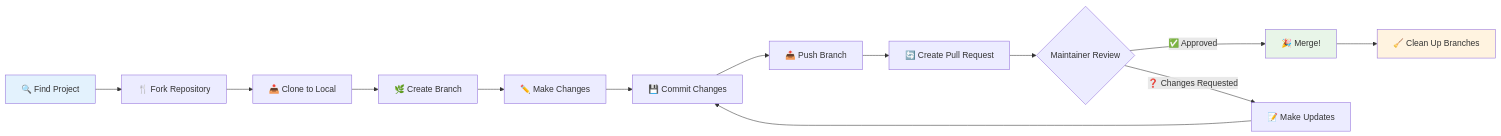
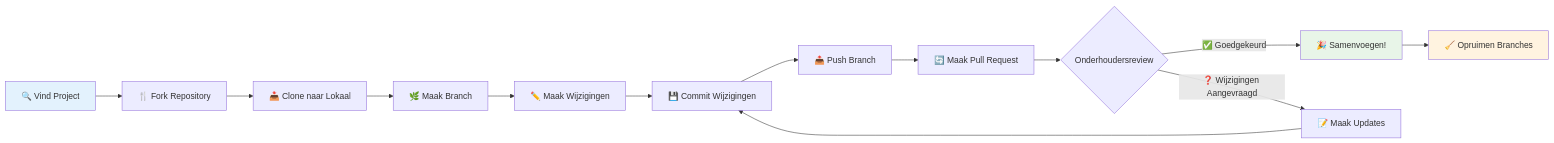
One commit to microsoft/Web-Dev-For-Beginners changed the fourth of 7 diagrams in translations/nl/1-getting-started-lessons/2-github-basics/README.md. Above: the diagram before and after it, drawn with Mermaid. The commit also changed other lines of this file and 17 other files, not shown here.

````diff
--- a/translations/nl/1-getting-started-lessons/2-github-basics/README.md
+++ b/translations/nl/1-getting-started-lessons/2-github-basics/README.md
@@ -392,19 +390,19 @@
 ```mermaid
 flowchart LR
-    A[🔍 Find Project] --> B[🍴 Fork Repository]
-    B --> C[📥 Clone to Local]
-    C --> D[🌿 Create Branch]
-    D --> E[✏️ Make Changes]
-    E --> F[💾 Commit Changes]
+    A[🔍 Vind Project] --> B[🍴 Fork Repository]
+    B --> C[📥 Clone naar Lokaal]
+    C --> D[🌿 Maak Branch]
+    D --> E[✏️ Maak Wijzigingen]
+    E --> F[💾 Commit Wijzigingen]
     F --> G[📤 Push Branch]
-    G --> H[🔄 Create Pull Request]
-    H --> I{Maintainer Review}
-    I -->|✅ Approved| J[🎉 Merge!]
-    I -->|❓ Changes Requested| K[📝 Make Updates]
+    G --> H[🔄 Maak Pull Request]
+    H --> I{Onderhoudersreview}
+    I -->|✅ Goedgekeurd| J[🎉 Samenvoegen!]
+    I -->|❓ Wijzigingen Aangevraagd| K[📝 Maak Updates]
     K --> F
-    J --> L[🧹 Clean Up Branches]
+    J --> L[🧹 Opruimen Branches]
     
     style A fill:#e3f2fd
     style J fill:#e8f5e8
     style L fill:#fff3e0
 ```
````
